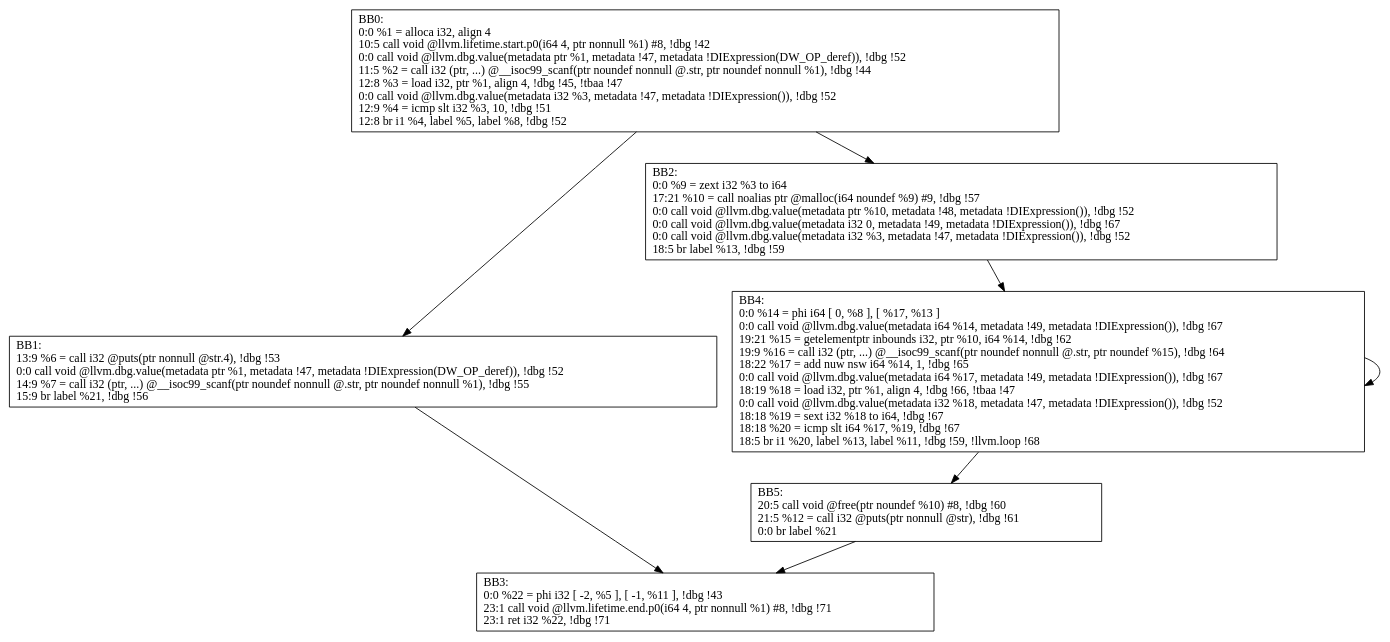
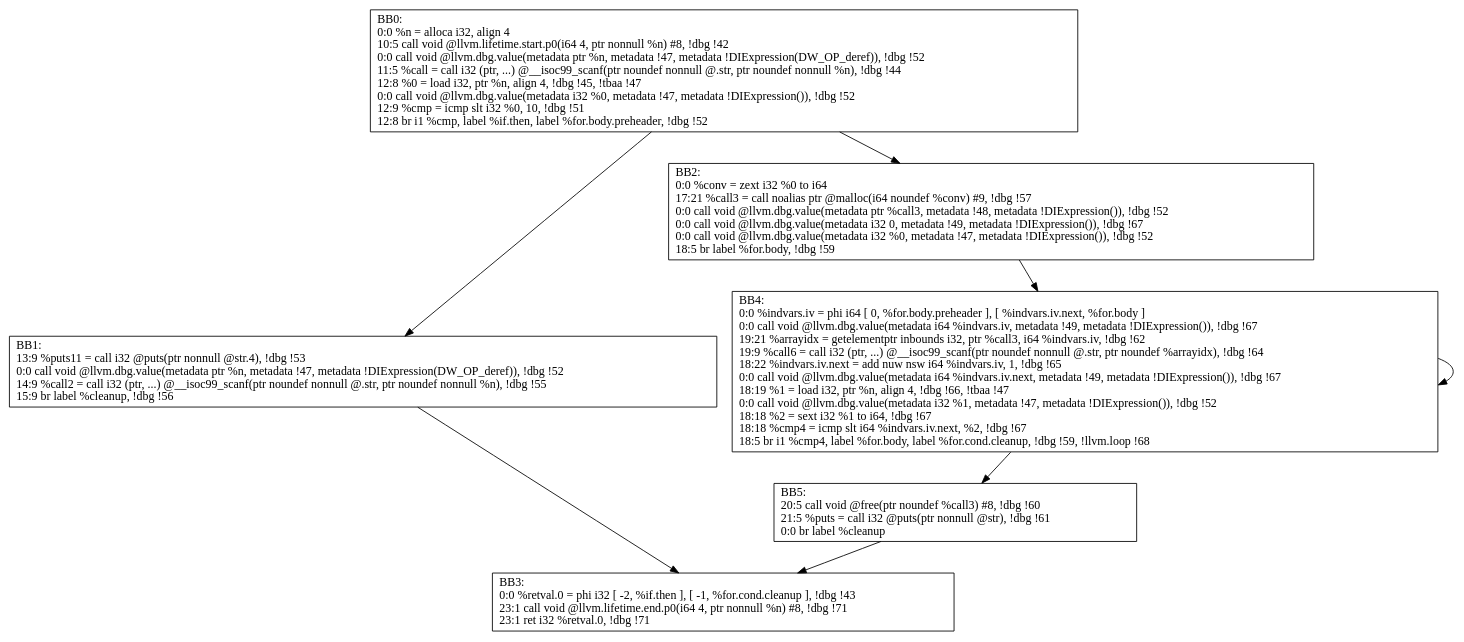
One commit to M-ouse/FinalDesign changed the diagram in output/demo1.ll_usep_CFG.dot. Above: the diagram before and after it, drawn with Graphviz. The commit also changed 12 other files, not shown here.

```diff
--- a/output/demo1.ll_usep_CFG.dot
+++ b/output/demo1.ll_usep_CFG.dot
@@ -1,15 +1,15 @@
 digraph "CFG for'usep' function" {
 	BB0-> BB1;
 	BB0-> BB2;
 	BB1-> BB3;
 	BB2-> BB4;
 	BB4-> BB4;
 	BB4-> BB5;
 	BB5-> BB3;
-	BB0 [shape=record, label="{BB0:\l0:0   %1 = alloca i32, align 4\l 10:5   call void @llvm.lifetime.start.p0(i64 4, ptr nonnull %1) #8, !dbg !42\l 0:0   call void @llvm.dbg.value(metadata ptr %1, metadata !47, metadata !DIExpression(DW_OP_deref)), !dbg !52\l 11:5   %2 = call i32 (ptr, ...) @__isoc99_scanf(ptr noundef nonnull @.str, ptr noundef nonnull %1), !dbg !44\l 12:8   %3 = load i32, ptr %1, align 4, !dbg !45, !tbaa !47\l 0:0   call void @llvm.dbg.value(metadata i32 %3, metadata !47, metadata !DIExpression()), !dbg !52\l 12:9   %4 = icmp slt i32 %3, 10, !dbg !51\l 12:8   br i1 %4, label %5, label %8, !dbg !52\l }"];
-	BB1 [shape=record, label="{BB1:\l13:9   %6 = call i32 @puts(ptr nonnull @str.4), !dbg !53\l 0:0   call void @llvm.dbg.value(metadata ptr %1, metadata !47, metadata !DIExpression(DW_OP_deref)), !dbg !52\l 14:9   %7 = call i32 (ptr, ...) @__isoc99_scanf(ptr noundef nonnull @.str, ptr noundef nonnull %1), !dbg !55\l 15:9   br label %21, !dbg !56\l }"];
-	BB2 [shape=record, label="{BB2:\l0:0   %9 = zext i32 %3 to i64\l 17:21   %10 = call noalias ptr @malloc(i64 noundef %9) #9, !dbg !57\l 0:0   call void @llvm.dbg.value(metadata ptr %10, metadata !48, metadata !DIExpression()), !dbg !52\l 0:0   call void @llvm.dbg.value(metadata i32 0, metadata !49, metadata !DIExpression()), !dbg !67\l 0:0   call void @llvm.dbg.value(metadata i32 %3, metadata !47, metadata !DIExpression()), !dbg !52\l 18:5   br label %13, !dbg !59\l }"];
-	BB3 [shape=record, label="{BB3:\l0:0   %22 = phi i32 [ -2, %5 ], [ -1, %11 ], !dbg !43\l 23:1   call void @llvm.lifetime.end.p0(i64 4, ptr nonnull %1) #8, !dbg !71\l 23:1   ret i32 %22, !dbg !71\l }"];
-	BB4 [shape=record, label="{BB4:\l0:0   %14 = phi i64 [ 0, %8 ], [ %17, %13 ]\l 0:0   call void @llvm.dbg.value(metadata i64 %14, metadata !49, metadata !DIExpression()), !dbg !67\l 19:21   %15 = getelementptr inbounds i32, ptr %10, i64 %14, !dbg !62\l 19:9   %16 = call i32 (ptr, ...) @__isoc99_scanf(ptr noundef nonnull @.str, ptr noundef %15), !dbg !64\l 18:22   %17 = add nuw nsw i64 %14, 1, !dbg !65\l 0:0   call void @llvm.dbg.value(metadata i64 %17, metadata !49, metadata !DIExpression()), !dbg !67\l 18:19   %18 = load i32, ptr %1, align 4, !dbg !66, !tbaa !47\l 0:0   call void @llvm.dbg.value(metadata i32 %18, metadata !47, metadata !DIExpression()), !dbg !52\l 18:18   %19 = sext i32 %18 to i64, !dbg !67\l 18:18   %20 = icmp slt i64 %17, %19, !dbg !67\l 18:5   br i1 %20, label %13, label %11, !dbg !59, !llvm.loop !68\l }"];
-	BB5 [shape=record, label="{BB5:\l20:5   call void @free(ptr noundef %10) #8, !dbg !60\l 21:5   %12 = call i32 @puts(ptr nonnull @str), !dbg !61\l 0:0   br label %21\l }"];
+	BB0 [shape=record, label="{BB0:\l0:0   %n = alloca i32, align 4\l 10:5   call void @llvm.lifetime.start.p0(i64 4, ptr nonnull %n) #8, !dbg !42\l 0:0   call void @llvm.dbg.value(metadata ptr %n, metadata !47, metadata !DIExpression(DW_OP_deref)), !dbg !52\l 11:5   %call = call i32 (ptr, ...) @__isoc99_scanf(ptr noundef nonnull @.str, ptr noundef nonnull %n), !dbg !44\l 12:8   %0 = load i32, ptr %n, align 4, !dbg !45, !tbaa !47\l 0:0   call void @llvm.dbg.value(metadata i32 %0, metadata !47, metadata !DIExpression()), !dbg !52\l 12:9   %cmp = icmp slt i32 %0, 10, !dbg !51\l 12:8   br i1 %cmp, label %if.then, label %for.body.preheader, !dbg !52\l }"];
+	BB1 [shape=record, label="{BB1:\l13:9   %puts11 = call i32 @puts(ptr nonnull @str.4), !dbg !53\l 0:0   call void @llvm.dbg.value(metadata ptr %n, metadata !47, metadata !DIExpression(DW_OP_deref)), !dbg !52\l 14:9   %call2 = call i32 (ptr, ...) @__isoc99_scanf(ptr noundef nonnull @.str, ptr noundef nonnull %n), !dbg !55\l 15:9   br label %cleanup, !dbg !56\l }"];
+	BB2 [shape=record, label="{BB2:\l0:0   %conv = zext i32 %0 to i64\l 17:21   %call3 = call noalias ptr @malloc(i64 noundef %conv) #9, !dbg !57\l 0:0   call void @llvm.dbg.value(metadata ptr %call3, metadata !48, metadata !DIExpression()), !dbg !52\l 0:0   call void @llvm.dbg.value(metadata i32 0, metadata !49, metadata !DIExpression()), !dbg !67\l 0:0   call void @llvm.dbg.value(metadata i32 %0, metadata !47, metadata !DIExpression()), !dbg !52\l 18:5   br label %for.body, !dbg !59\l }"];
+	BB3 [shape=record, label="{BB3:\l0:0   %retval.0 = phi i32 [ -2, %if.then ], [ -1, %for.cond.cleanup ], !dbg !43\l 23:1   call void @llvm.lifetime.end.p0(i64 4, ptr nonnull %n) #8, !dbg !71\l 23:1   ret i32 %retval.0, !dbg !71\l }"];
+	BB4 [shape=record, label="{BB4:\l0:0   %indvars.iv = phi i64 [ 0, %for.body.preheader ], [ %indvars.iv.next, %for.body ]\l 0:0   call void @llvm.dbg.value(metadata i64 %indvars.iv, metadata !49, metadata !DIExpression()), !dbg !67\l 19:21   %arrayidx = getelementptr inbounds i32, ptr %call3, i64 %indvars.iv, !dbg !62\l 19:9   %call6 = call i32 (ptr, ...) @__isoc99_scanf(ptr noundef nonnull @.str, ptr noundef %arrayidx), !dbg !64\l 18:22   %indvars.iv.next = add nuw nsw i64 %indvars.iv, 1, !dbg !65\l 0:0   call void @llvm.dbg.value(metadata i64 %indvars.iv.next, metadata !49, metadata !DIExpression()), !dbg !67\l 18:19   %1 = load i32, ptr %n, align 4, !dbg !66, !tbaa !47\l 0:0   call void @llvm.dbg.value(metadata i32 %1, metadata !47, metadata !DIExpression()), !dbg !52\l 18:18   %2 = sext i32 %1 to i64, !dbg !67\l 18:18   %cmp4 = icmp slt i64 %indvars.iv.next, %2, !dbg !67\l 18:5   br i1 %cmp4, label %for.body, label %for.cond.cleanup, !dbg !59, !llvm.loop !68\l }"];
+	BB5 [shape=record, label="{BB5:\l20:5   call void @free(ptr noundef %call3) #8, !dbg !60\l 21:5   %puts = call i32 @puts(ptr nonnull @str), !dbg !61\l 0:0   br label %cleanup\l }"];
 }
```
